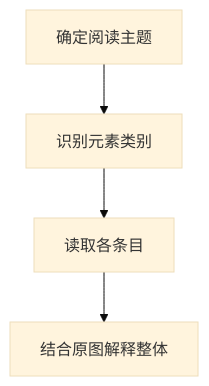
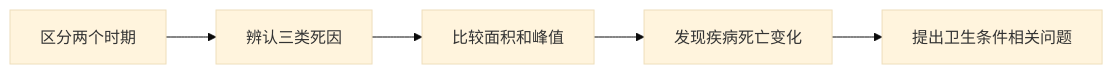
The fourth of 4 diagrams in 11-比较型/案例A.md (KkkXUE-prog/FIRST-REPO), drawn with Mermaid (base theme) before and after one commit. The commit also changed other lines of this file, not shown here.

Commit message:
精修比较型：南丁格尔24个月死亡数据与统计图

````diff
--- a/11-比较型/案例A.md
+++ b/11-比较型/案例A.md
@@ -60,6 +117,7 @@
 ```mermaid
-flowchart TD
- A[确定阅读主题] --> B[识别元素类别]
- B --> C[读取各条目]
- C --> D[结合原图解释整体]
+flowchart LR
+ A[区分两个时期] --> B[辨认三类死因]
+ B --> C[比较面积和峰值]
+ C --> D[发现疾病死亡变化]
+ D --> E[提出卫生条件相关问题]
 ```
````
